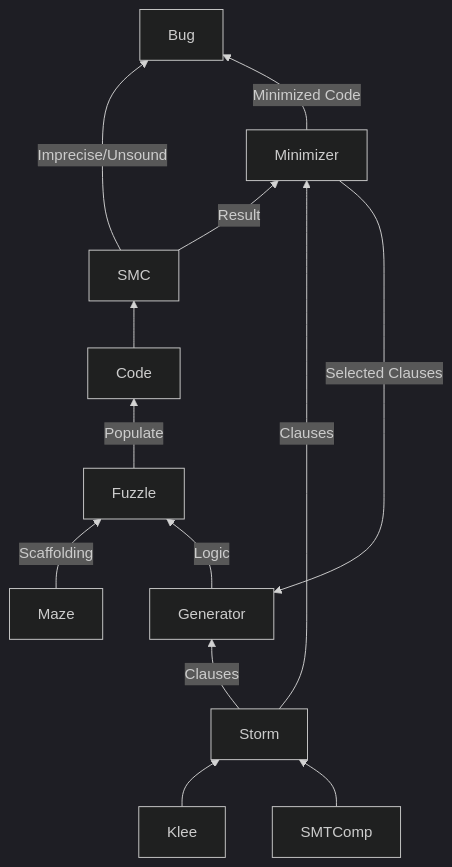
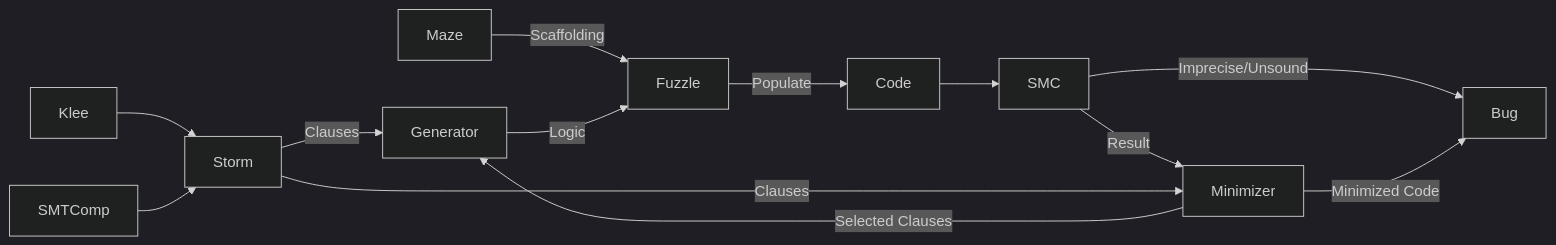
One commit to Fleischmaki/Minotaur changed the diagram in README.md. Above: the diagram before and after it, drawn with Mermaid (dark theme). The commit also changed other lines of this file, not shown here.

````diff
--- a/README.md
+++ b/README.md
@@ -59,15 +6,15 @@
 ```mermaid
-flowchart BT
+flowchart LR
     Klee --> Storm
     SMTComp --> Storm
     Storm --> |Clauses| Generator
     Maze --> |Scaffolding| Fuzzle
     Generator --> |Logic| Fuzzle
     Fuzzle --> |Populate| Code 
     Code -->  SMC
     SMC --> |Result| Minimizer
     SMC --> |Imprecise/Unsound| Bug 
     Storm --> |Clauses| Minimizer
     Minimizer --> | Selected Clauses | Generator
     Minimizer --> | Minimized Code | Bug
 ```
````
